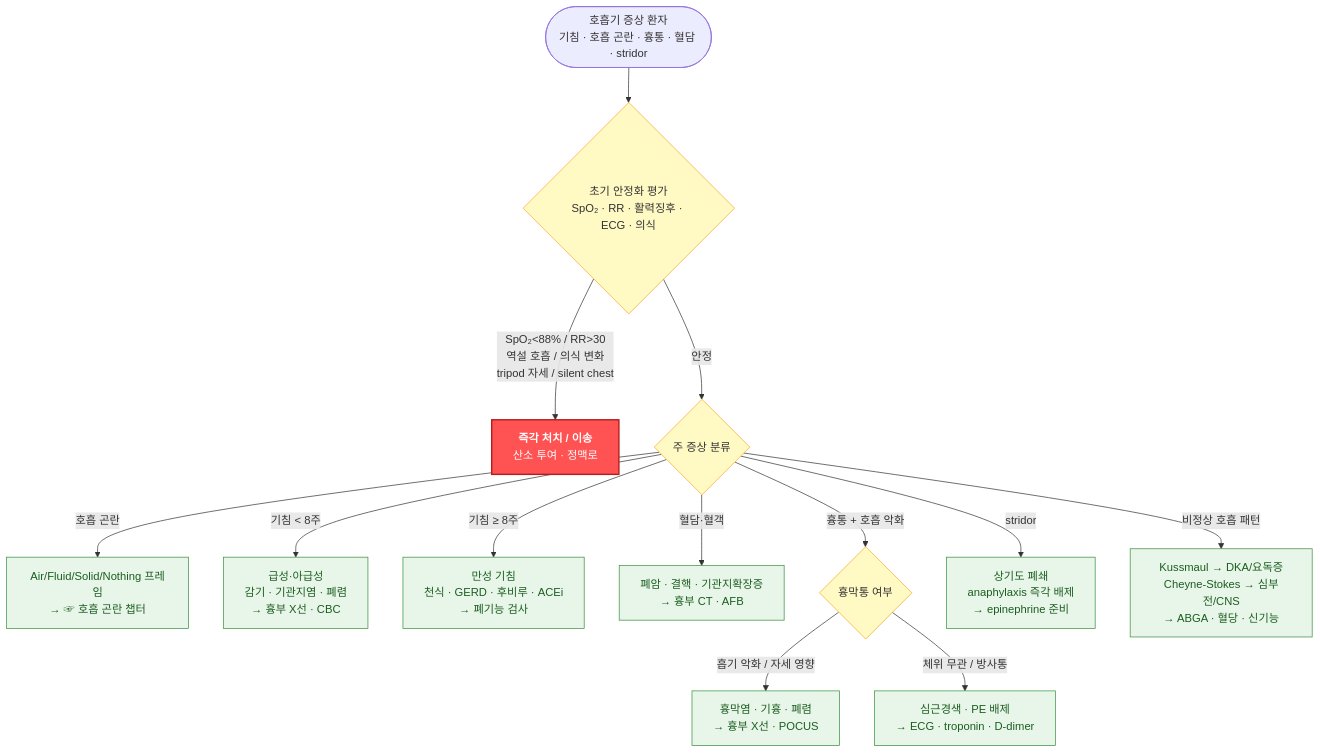
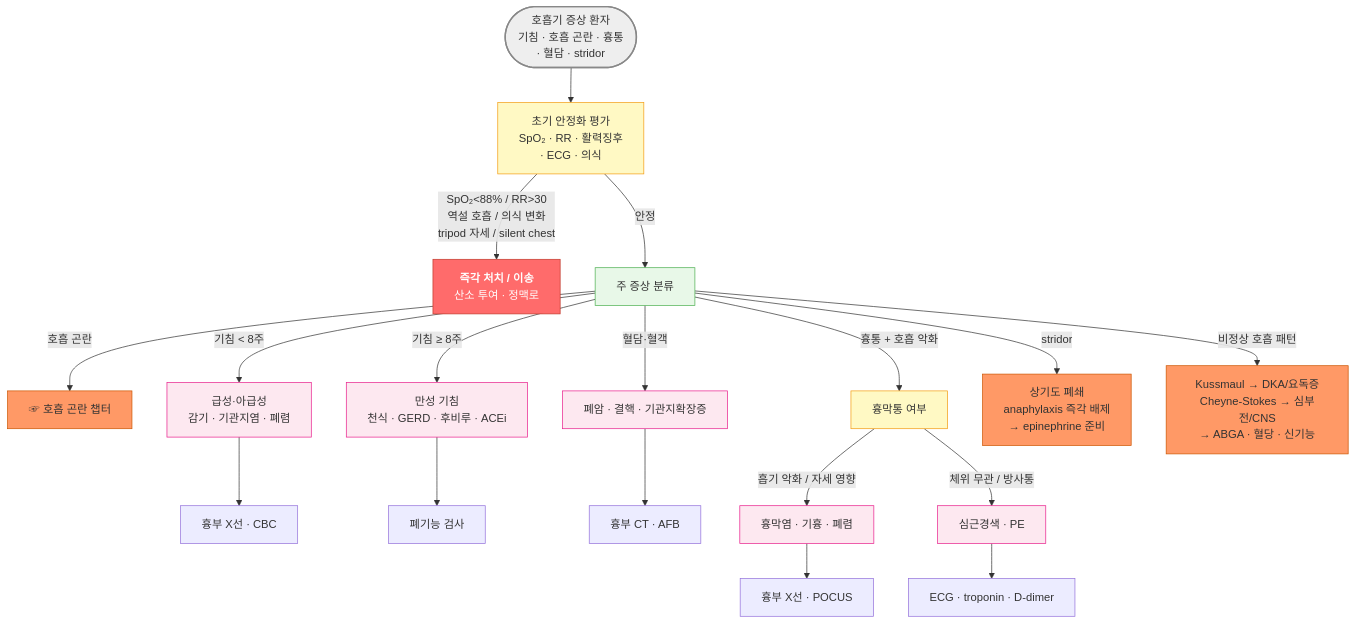
One commit to familyoh77/familyoh77 changed the diagram in 223_/059_.md. Above: the diagram before and after it, drawn with Mermaid. The commit also changed other lines of this file, not shown here.

````diff
--- a/223_/059_.md
+++ b/223_/059_.md
@@ -116,26 +121,31 @@
 ```mermaid
 graph TD
-    A(["호흡기 증상 환자<br/>기침 · 호흡 곤란 · 흉통 · 혈담 · stridor"]) --> B{"초기 안정화 평가<br/>SpO₂ · RR · 활력징후 · ECG · 의식"}
+    A(["호흡기 증상 환자<br/>기침 · 호흡 곤란 · 흉통 <br/>· 혈담 · stridor"]) 
+    --> B["초기 안정화 평가<br/>SpO₂ · RR · 활력징후 <br/>· ECG · 의식"]
 
     B -->|"SpO₂<88% / RR>30<br/>역설 호흡 / 의식 변화<br/>tripod 자세 / silent chest"| C["<b>즉각 처치 / 이송</b><br/>산소 투여 · 정맥로"]
-    B -->|안정| D{주 증상 분류}
-
-    D -->|호흡 곤란| E["Air/Fluid/Solid/Nothing 프레임<br/>→ ☞ 호흡 곤란 챕터"]
-    D -->|"기침 < 8주"| F["급성·아급성<br/>감기 · 기관지염 · 폐렴<br/>→ 흉부 X선 · CBC"]
-    D -->|"기침 ≥ 8주"| G["만성 기침<br/>천식 · GERD · 후비루 · ACEi<br/>→ 폐기능 검사"]
-    D -->|혈담·혈객| H["폐암 · 결핵 · 기관지확장증<br/>→ 흉부 CT · AFB"]
-    D -->|흉통 + 호흡 악화| I{흉막통 여부}
+    B -->|안정| D[주 증상 분류]
+    D -->|호흡 곤란| E["☞ 호흡 곤란 챕터"]
+    D -->|"기침 < 8주"| F["급성·아급성<br/>감기 · 기관지염 · 폐렴"]--> F1["흉부 X선 · CBC"]
+    D -->|"기침 ≥ 8주"| G["만성 기침<br/>천식 · GERD · 후비루 · ACEi"]--> G1["폐기능 검사"]
+    D -->|혈담·혈객| H["폐암 · 결핵 · 기관지확장증"]--> H1["흉부 CT · AFB"]
+    D -->|흉통 + 호흡 악화| I[흉막통 여부]
     D -->|stridor| J["상기도 폐쇄<br/>anaphylaxis 즉각 배제<br/>→ epinephrine 준비"]
     D -->|비정상 호흡 패턴| K["Kussmaul → DKA/요독증<br/>Cheyne-Stokes → 심부전/CNS<br/>→ ABGA · 혈당 · 신기능"]
 
-    I -->|"흡기 악화 / 자세 영향"| L["흉막염 · 기흉 · 폐렴<br/>→ 흉부 X선 · POCUS"]
-    I -->|"체위 무관 / 방사통"| M["심근경색 · PE 배제<br/>→ ECG · troponin · D-dimer"]
+    I -->|"흡기 악화 / 자세 영향"| L["흉막염 · 기흉 · 폐렴"]--> L1["흉부 X선 · POCUS"]
+    I -->|"체위 무관 / 방사통"| M["심근경색 · PE"]--> M1["ECG · troponin · D-dimer"]
 
-    classDef emergency fill:#ff5252,color:#fff,stroke:#b71c1c,stroke-width:2px
-    classDef branch fill:#fff9c4,color:#333,stroke:#f9a825,stroke-width:1px
-    classDef leaf fill:#e8f5e9,color:#1b5e20,stroke:#388e3c,stroke-width:1px
+style A fill:#eeeeee,stroke:#888888,stroke-width:2px
+style D fill:#e8f8e8,stroke:#4caf50
+classDef yellow fill:#fff9c4,stroke:#f39c12
+class B,I yellow
+style C fill:#ff6b6b,stroke:#c0392b,color:#fff
+classDef pink fill:#fde8f0,stroke:#e91e8c
+class F,G,H,L,M pink
+classDef peach fill:#ff9966,stroke:#cc5500
+class E,J,K peach
 
-    class C emergency
-    class B,D,I branch
-    class E,F,G,H,J,K,L,M leaf
+
+
 ```
````
